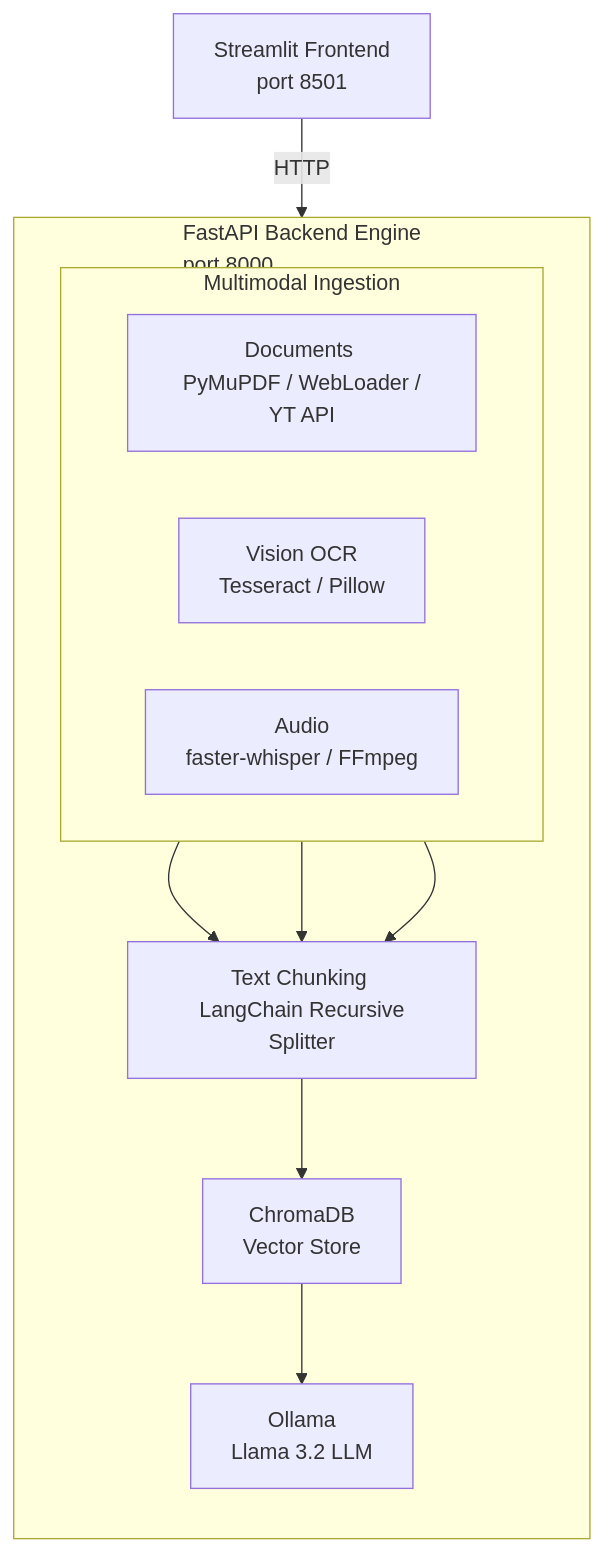
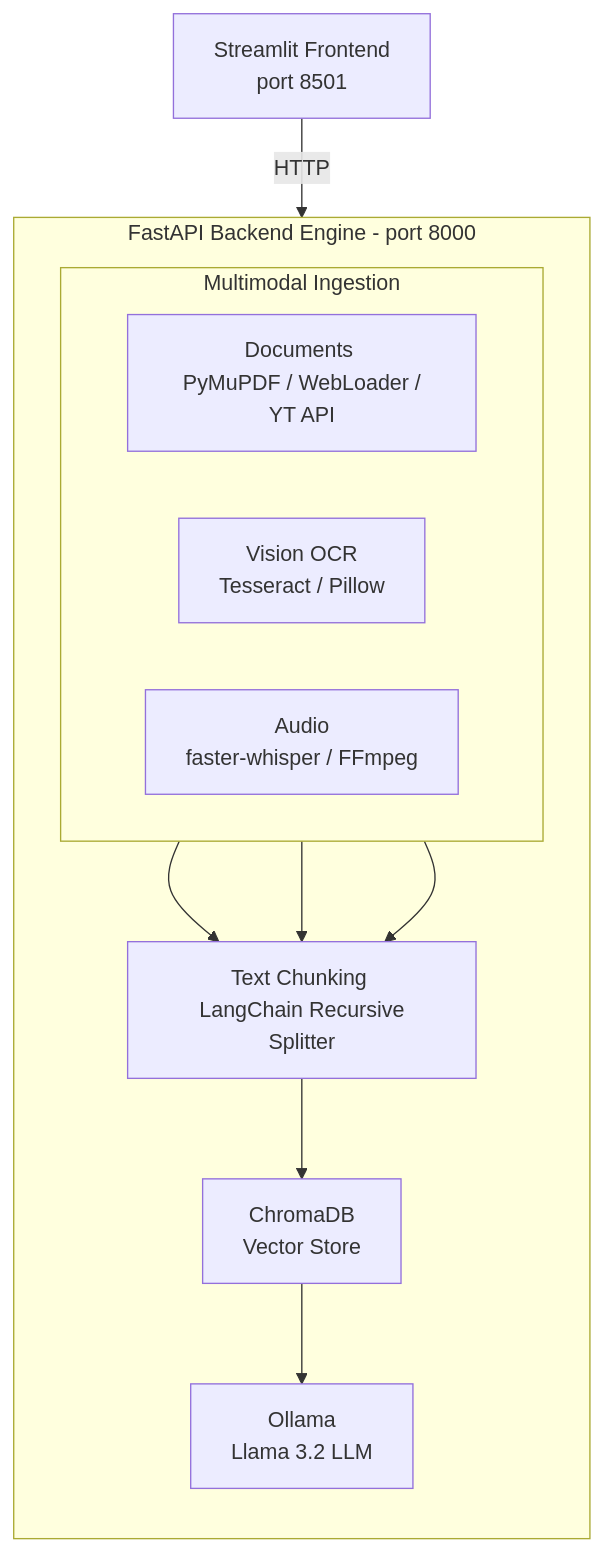
The diagram in Readme.md (Yashwanth-23/Omnisense), drawn with Mermaid before and after one commit.

Commit message:
Docs: Fix Mermaid subgraph bounding box layout issue

````diff
--- a/Readme.md
+++ b/Readme.md
@@ -17,28 +17,28 @@
 ```mermaid
 flowchart TD
     UI[Streamlit Frontend <br> port 8501]
     
-    subgraph Backend [FastAPI Backend Engine <br> port 8000]
+    subgraph Backend [FastAPI Backend Engine - port 8000]
         direction TB
         
         subgraph Ingestion [Multimodal Ingestion]
             direction LR
             Doc[Documents <br> PyMuPDF / WebLoader / YT API]
             Vis[Vision OCR <br> Tesseract / Pillow]
             Aud[Audio <br> faster-whisper / FFmpeg]
         end
         
         Chunk[Text Chunking <br> LangChain Recursive Splitter]
         DB[ChromaDB <br> Vector Store]
         LLM[Ollama <br> Llama 3.2 LLM]
         
         Doc --> Chunk
         Vis --> Chunk
         Aud --> Chunk
         
         Chunk --> DB
         DB --> LLM
     end
     
     UI -->|HTTP| Backend
 ```
````
